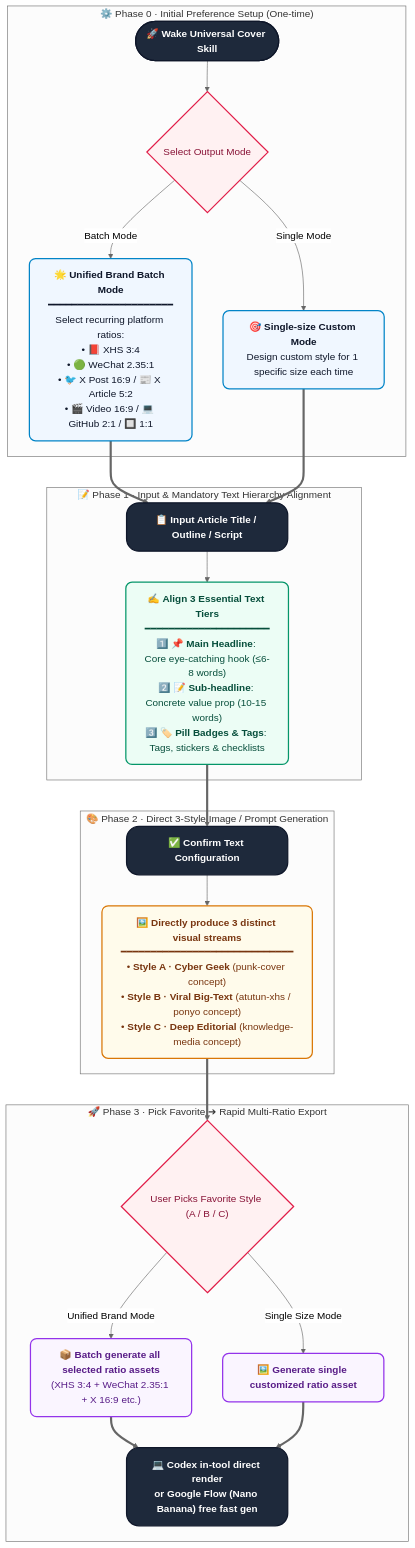
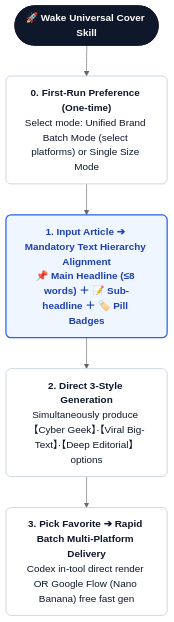
One commit to kaomei/cover-studio changed the first of 2 diagrams in README.en.md. Above: the diagram before and after it, drawn with Mermaid (neutral theme). The commit also changed 7 other files, not shown here.

Commit message:
refactor(docs): streamline interaction workflow diagram into a clean, minimalist 4-step linear pipeline with zero visual noise

````diff
--- a/README.en.md
+++ b/README.en.md
@@ -41,48 +41,13 @@
 ```mermaid
 flowchart TD
-    classDef setupBox fill:#f0f7ff,stroke:#0284c7,stroke-width:2px,color:#0f172a,rx:10px,ry:10px;
-    classDef textBox fill:#ecfdf5,stroke:#059669,stroke-width:2px,color:#064e3b,rx:10px,ry:10px;
-    classDef genBox fill:#fffbeb,stroke:#d97706,stroke-width:2px,color:#78350f,rx:10px,ry:10px;
-    classDef deliverBox fill:#faf5ff,stroke:#9333ea,stroke-width:2px,color:#581c87,rx:10px,ry:10px;
-    classDef decision fill:#fff1f2,stroke:#e11d48,stroke-width:2px,color:#881337,rx:6px,ry:6px;
-    classDef action fill:#1e293b,stroke:#0f172a,stroke-width:2px,color:#ffffff,font-weight:bold,rx:20px,ry:20px;
+    classDef default fill:#ffffff,stroke:#e2e8f0,stroke-width:1.5px,color:#1e293b,rx:8px,ry:8px;
+    classDef startNode fill:#0f172a,stroke:#0f172a,stroke-width:2px,color:#ffffff,font-weight:bold,rx:20px,ry:20px;
+    classDef stepNode fill:#ffffff,stroke:#cbd5e1,stroke-width:1.5px,color:#0f172a,rx:8px,ry:8px;
+    classDef highlightNode fill:#eff6ff,stroke:#2563eb,stroke-width:2px,color:#1e40af,font-weight:bold,rx:8px,ry:8px;
 
-    subgraph S0 ["⚙️ Phase 0 · Initial Preference Setup (One-time)"]
-        A0(["🚀 Wake Universal Cover Skill"]):::action
-        A1{"Select Output Mode"}:::decision
-        A2["🌟 <b>Unified Brand Batch Mode</b><br/>━━━━━━━━━━━━━━━━━━━━━<br/>Select recurring platform ratios:<br/>• 📕 XHS 3:4<br/>• 🟢 WeChat 2.35:1<br/>• 🐦 X Post 16:9 / 📰 X Article 5:2<br/>• 🎬 Video 16:9 / 💻 GitHub 2:1 / 🔲 1:1"]:::setupBox
-        A3["🎯 <b>Single-size Custom Mode</b><br/>Design custom style for 1 specific size each time"]:::setupBox
-        A0 --> A1
-        A1 -->|"Batch Mode"| A2
-        A1 -->|"Single Mode"| A3
-    end
-
-    subgraph S1 ["📝 Phase 1 · Input & Mandatory Text Hierarchy Alignment"]
-        B0["📋 Input Article Title / Outline / Script"]:::action
-        B1["✍️ <b>Align 3 Essential Text Tiers</b><br/>━━━━━━━━━━━━━━━━━━━━━<br/>1️⃣ 📌 <b>Main Headline</b>: Core eye-catching hook (≤6-8 words)<br/>2️⃣ 📝 <b>Sub-headline</b>: Concrete value prop (10-15 words)<br/>3️⃣ 🏷️ <b>Pill Badges & Tags</b>: Tags, stickers & checklists"]:::textBox
-        B0 --> B1
-    end
-
-    subgraph S2 ["🎨 Phase 2 · Direct 3-Style Image / Prompt Generation"]
-        C0["✅ Confirm Text Configuration"]:::action
-        C1["🖼️ <b>Directly produce 3 distinct visual streams</b><br/>━━━━━━━━━━━━━━━━━━━━━━━━━━━━━<br/>• <b>Style A · Cyber Geek</b> (punk-cover concept)<br/>• <b>Style B · Viral Big-Text</b> (atutun-xhs / ponyo concept)<br/>• <b>Style C · Deep Editorial</b> (knowledge-media concept)"]:::genBox
-        C0 --> C1
-    end
-
-    subgraph S3 ["🚀 Phase 3 · Pick Favorite ➔ Rapid Multi-Ratio Export"]
-        D0{"User Picks Favorite Style (A / B / C)"}:::decision
-        D1["📦 <b>Batch generate all selected ratio assets</b><br/>(XHS 3:4 + WeChat 2.35:1 + X 16:9 etc.)"]:::deliverBox
-        D2["🖼️ <b>Generate single customized ratio asset</b>"]:::deliverBox
-        D3["💻 <b>Codex in-tool direct render</b><br/>or <b>Google Flow (Nano Banana) free fast gen</b>"]:::action
-
-        D0 -->|"Unified Brand Mode"| D1
-        D0 -->|"Single Size Mode"| D2
-        D1 ==> D3
-        D2 ==> D3
-    end
-
-    A2 ==> B0
-    A3 ==> B0
-    B1 ==> C0
-    C1 ==> D0
+    A0(["🚀 Wake Universal Cover Skill"]):::startNode
+    --> A1["<b>0. First-Run Preference (One-time)</b><br/>Select mode: Unified Brand Batch Mode (select platforms) or Single Size Mode"]:::stepNode
+    --> A2["<b>1. Input Article ➔ Mandatory Text Hierarchy Alignment</b><br/>📌 Main Headline (≤8 words) ＋ 📝 Sub-headline ＋ 🏷️ Pill Badges"]:::highlightNode
+    --> A3["<b>2. Direct 3-Style Generation</b><br/>Simultaneously produce 【Cyber Geek】·【Viral Big-Text】·【Deep Editorial】options"]:::stepNode
+    --> A4["<b>3. Pick Favorite ➔ Rapid Batch Multi-Platform Delivery</b><br/>Codex in-tool direct render OR Google Flow (Nano Banana) free fast gen"]:::stepNode
 ```
````
